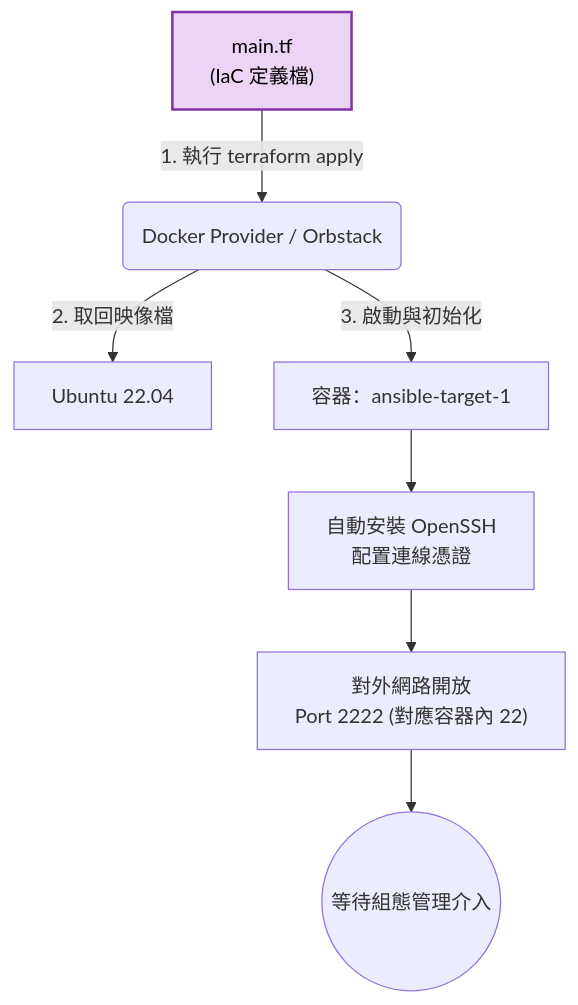
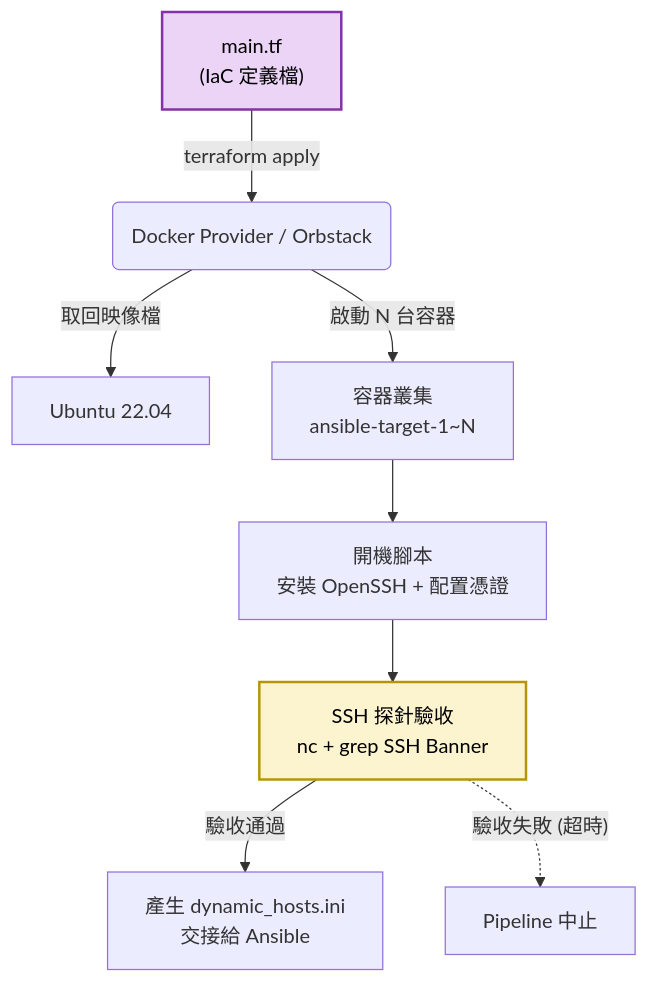
The diagram in terraform-lab/README.md (JeffLin0225/Infra-Provisioning-Flow), drawn with Mermaid before and after one commit. The commit also changed other lines of this file and 8 other files, not shown here.

````diff
--- a/terraform-lab/README.md
+++ b/terraform-lab/README.md
@@ -19,12 +34,13 @@
 ```mermaid
 graph TD
-    A["main.tf<br>(IaC 定義檔)"] -->|1. 執行 terraform apply| B("Docker Provider / Orbstack")
-    B -->|2. 取回映像檔| C["Ubuntu 22.04"]
-    B -->|3. 啟動與初始化| D["容器：ansible-target-1"]
-    D --> E["自動安裝 OpenSSH<br>配置連線憑證"]
-    E --> F["對外網路開放<br>Port 2222 (對應容器內 22)"]
-    F --> G((等待組態管理介入))
+    A["main.tf<br>(IaC 定義檔)"] -->|"terraform apply"| B("Docker Provider / Orbstack")
+    B -->|"取回映像檔"| C["Ubuntu 22.04"]
+    B -->|"啟動 N 台容器"| D["容器叢集<br>ansible-target-1~N"]
+    D --> E["開機腳本<br>安裝 OpenSSH + 配置憑證"]
+    E --> F["SSH 探針驗收<br>nc + grep SSH Banner"]
+    F -->|"驗收通過"| G["產生 dynamic_hosts.ini<br>交接給 Ansible"]
+    F -.->|"驗收失敗 (超時)"| H["Pipeline 中止"]
     
-    classDef tf fill:#ebd4f5,stroke:#8432a8,stroke-width:2px,color:#000;
-    class A tf;
+    style A fill:#ebd4f5,stroke:#8432a8,stroke-width:2px,color:#000
+    style F fill:#fcf3cf,stroke:#b7950b,stroke-width:2px,color:#000
 ```
````
